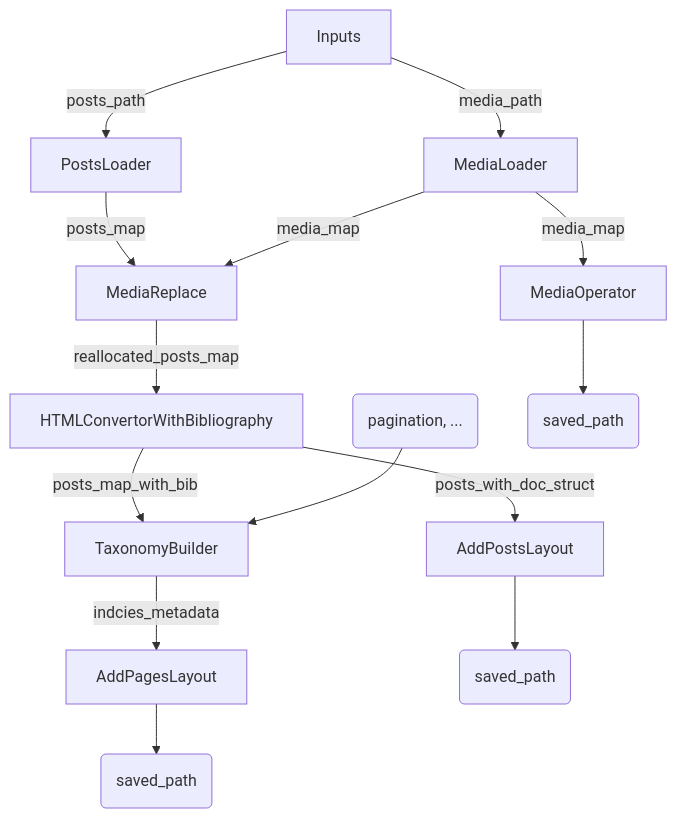
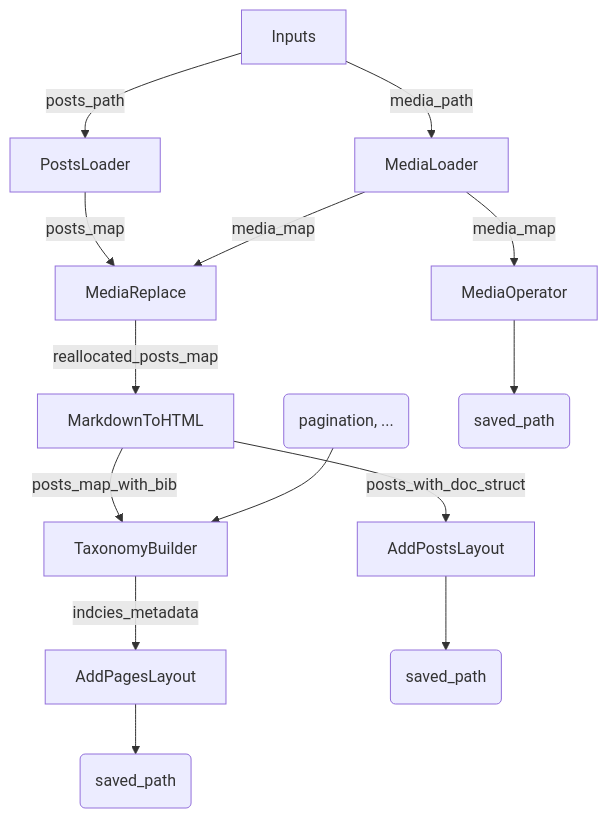
One commit to GES233/Greenhouse changed the diagram in README.md. Above: the diagram before and after it, drawn with Mermaid. The commit also changed 7 other files, not shown here.

````diff
--- a/README.md
+++ b/README.md
@@ -7,31 +7,31 @@
 ```mermaid
 flowchart TD
   Inputs
   PL["PostsLoader"]
   ML["MediaLoader"]
-  BE["HTMLConvertorWithBibliography"]
+  BE["MarkdownToHTML"]
   MR["MediaReplace"]
   iTB["TaxonomyBuilder"]
   APL["AddPostsLayout"]
   APgL["AddPagesLayout"]
   MO["MediaOperator"]
 
   Inputs --posts_path--> PL
   Inputs --media_path--> ML
   PL --posts_map--> MR
   ML --media_map--> MR
   MR --reallocated_posts_map--> BE
   %% Can be invoked anything
   %% If input is posts_map-like
   %% Because only some several fields were used
   BE --posts_map_with_bib--> iTB
   %% Options
   itb_opts("pagination, ...") --> iTB
   BE --posts_with_doc_struct--> APL
   APL --> o1("saved_path")
   iTB --indcies_metadata--> APgL
   APgL --> o2("saved_path")
   ML --media_map--> MO
   MO --> o3("saved_path")
 
 ```
````
